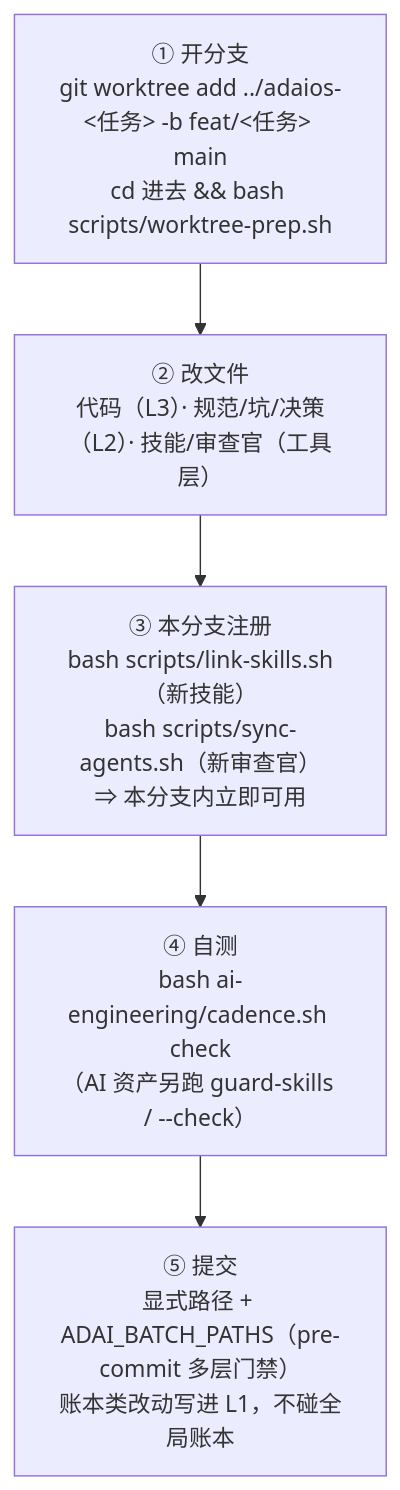
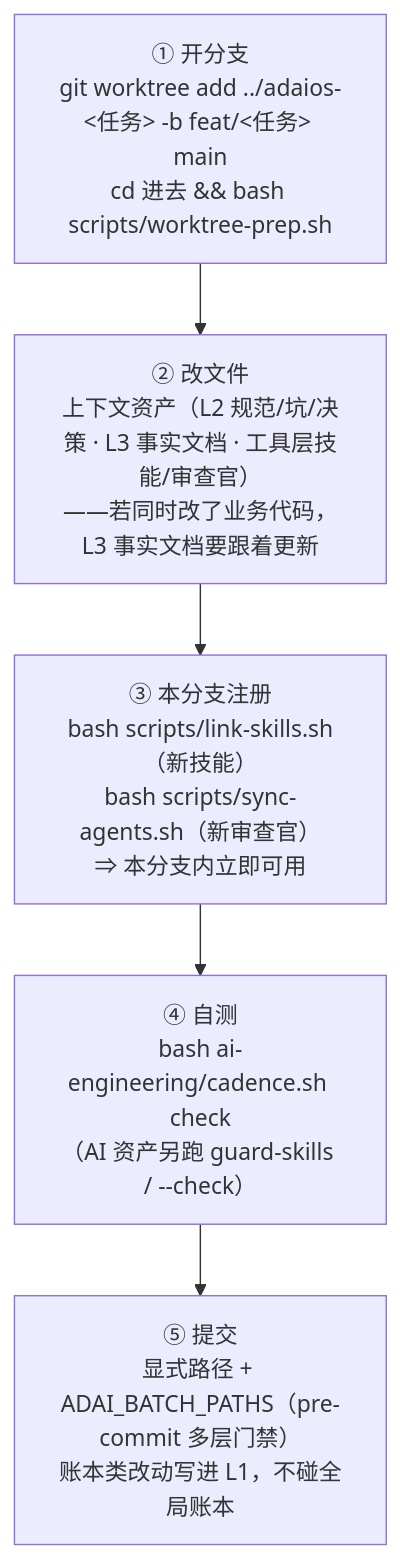
The fourth of 7 diagrams in docs/architecture/ai-context-engineering.md (adaios/adaios), drawn with Mermaid before and after one commit. The commit also changed other lines of this file, not shown here.

First line of the commit message:
docs(architecture): 方案稿边界修正——代码不是 AI 上下文资产

````diff
--- a/docs/architecture/ai-context-engineering.md
+++ b/docs/architecture/ai-context-engineering.md
@@ -138,7 +141,7 @@
 ```mermaid
 flowchart TD
-    A["① 开分支<br/>git worktree add ../adaios-&lt;任务&gt; -b feat/&lt;任务&gt; main<br/>cd 进去 && bash scripts/worktree-prep.sh"] --> B["② 改文件<br/>代码（L3）· 规范/坑/决策（L2）· 技能/审查官（工具层）"]
+    A["① 开分支<br/>git worktree add ../adaios-&lt;任务&gt; -b feat/&lt;任务&gt; main<br/>cd 进去 && bash scripts/worktree-prep.sh"] --> B["② 改文件<br/>上下文资产（L2 规范/坑/决策 · L3 事实文档 · 工具层技能/审查官）<br/>——若同时改了业务代码，L3 事实文档要跟着更新"]
     B --> C["③ 本分支注册<br/>bash scripts/link-skills.sh（新技能）<br/>bash scripts/sync-agents.sh（新审查官）<br/>⇒ 本分支内立即可用"]
     C --> D["④ 自测<br/>bash ai-engineering/cadence.sh check<br/>（AI 资产另跑 guard-skills / --check）"]
     D --> E["⑤ 提交<br/>显式路径 + ADAI_BATCH_PATHS（pre-commit 多层门禁）<br/>账本类改动写进 L1，不碰全局账本"]
 ```
````
